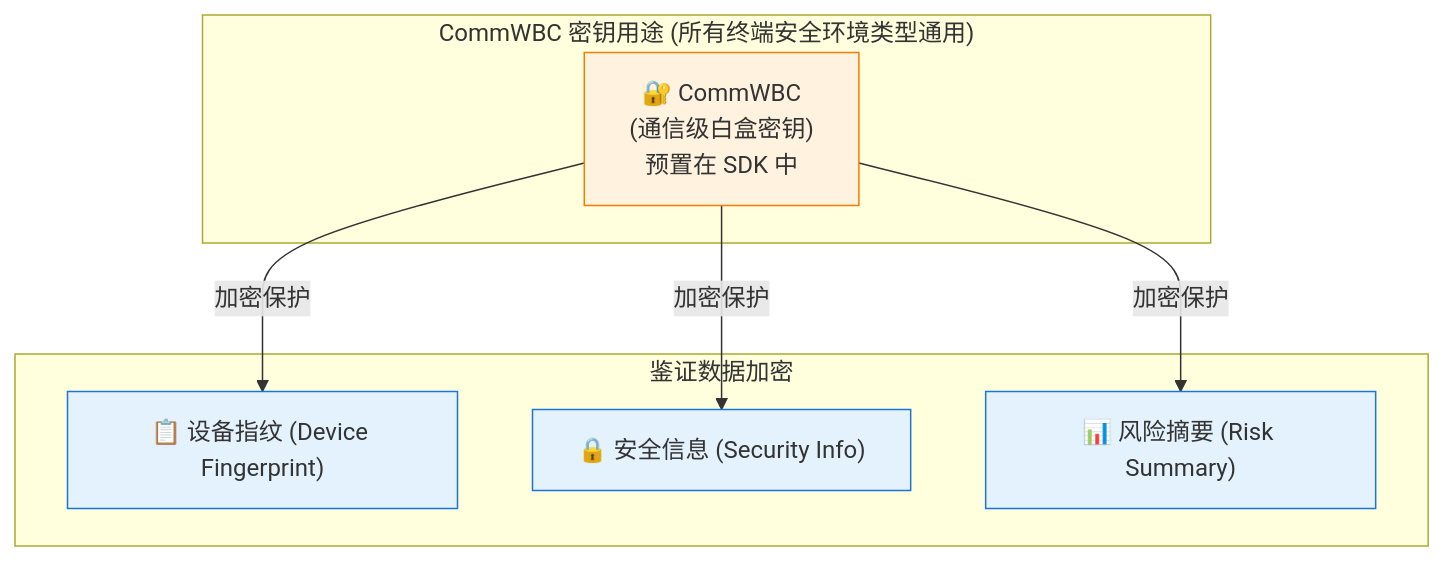
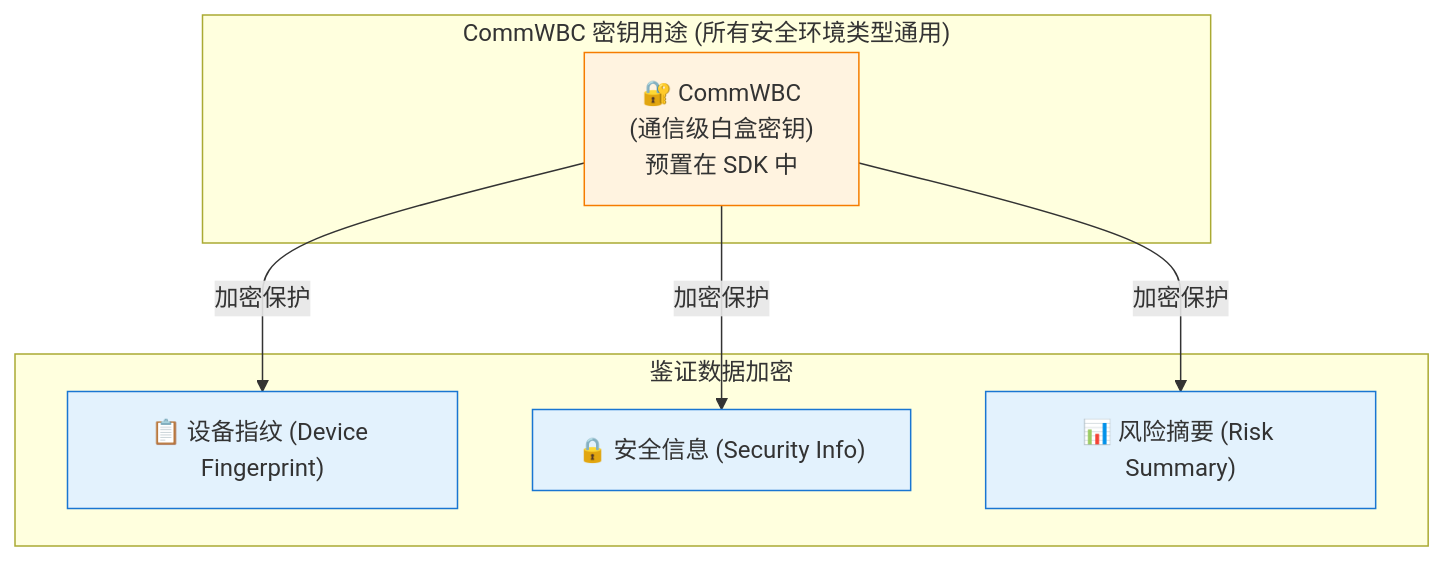
One commit to kevinwangl/sunbay-softpos-docs changed diagram 11 of 23 in solution/MPOC_SDK_API_GUIDE.md. Above: the diagram before and after it, drawn with Mermaid. The commit also changed other lines of this file, not shown here.

````diff
--- a/solution/MPOC_SDK_API_GUIDE.md
+++ b/solution/MPOC_SDK_API_GUIDE.md
@@ -800,21 +1140,21 @@
 ```mermaid
 graph TB
-    subgraph "CommWBC 密钥用途 (所有终端安全环境类型通用)"
+    subgraph "CommWBC 密钥用途 (所有安全环境类型通用)"
         CommWBC["🔐 CommWBC<br/>(通信级白盒密钥)<br/>预置在 SDK 中"]
     end
     
     subgraph "鉴证数据加密"
         DF["📋 设备指纹 (Device Fingerprint)"]
         SI["🔒 安全信息 (Security Info)"]
         RS["📊 风险摘要 (Risk Summary)"]
     end
     
     CommWBC -->|加密保护| DF
     CommWBC -->|加密保护| SI
     CommWBC -->|加密保护| RS
     
     style CommWBC fill:#fff3e0,stroke:#f57c00
     style DF fill:#e3f2fd,stroke:#1976d2
     style SI fill:#e3f2fd,stroke:#1976d2
     style RS fill:#e3f2fd,stroke:#1976d2
 ```
````
